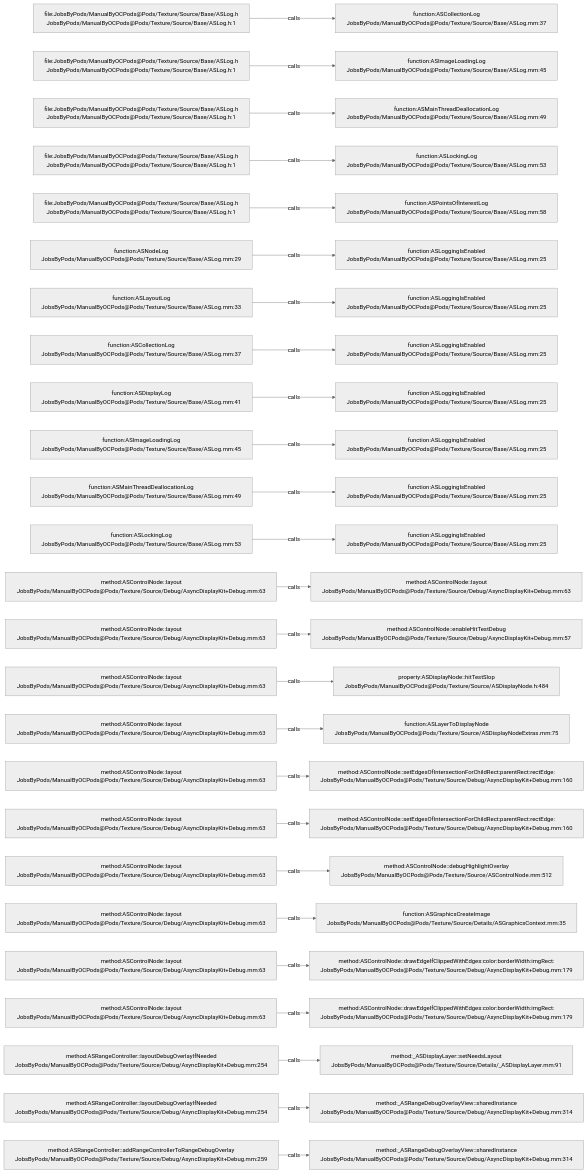
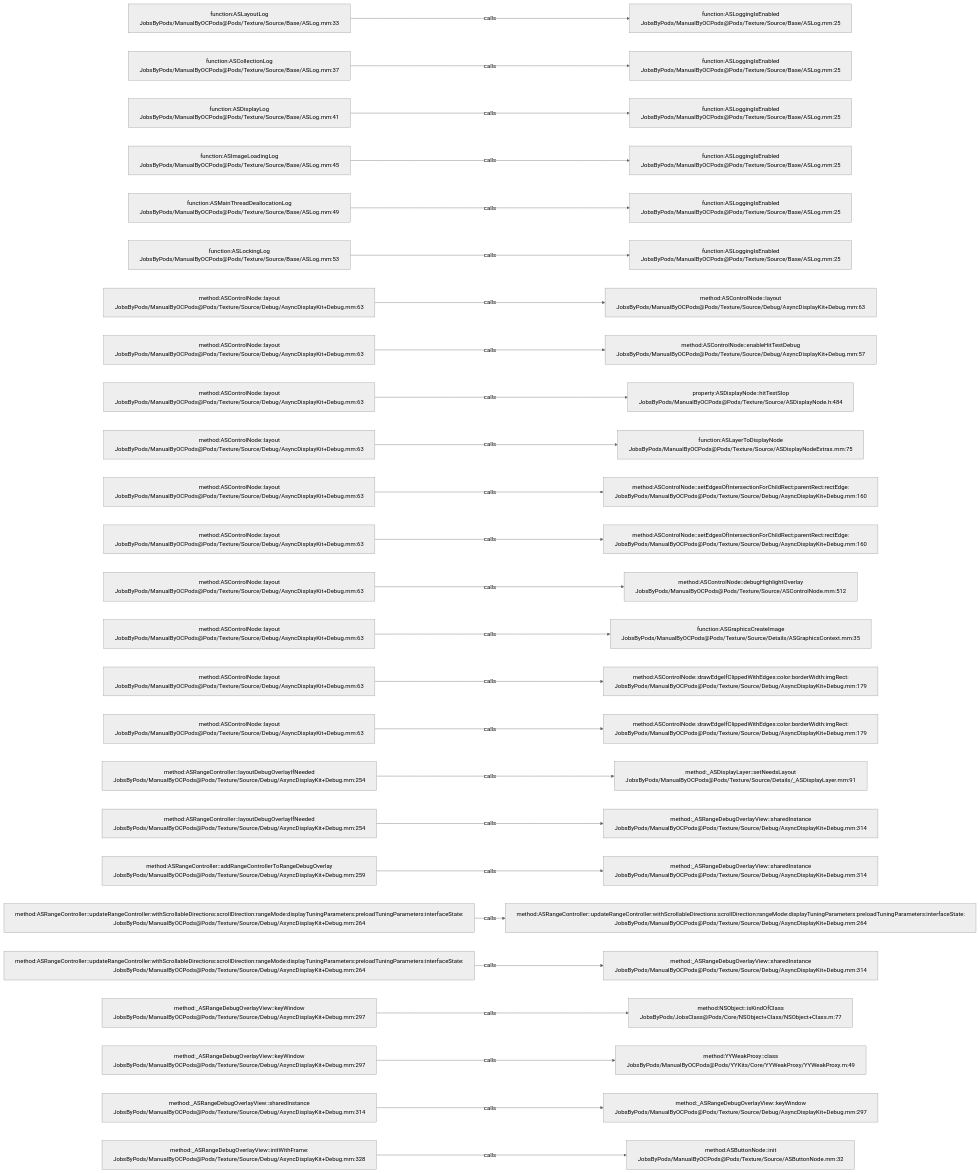
Before and after one commit to JobsKits/JobsOCBaseConfigDemo: the diagram in .codegraph/codegraph.md/graphs/calls-140.md, drawn with Mermaid (neutral theme). The commit also changed 666 other files, not shown here.

````diff
--- a/.codegraph/codegraph.md/graphs/calls-140.md
+++ b/.codegraph/codegraph.md/graphs/calls-140.md
@@ -13,78 +13,78 @@
 ```mermaid
 flowchart LR
-  S1["file:JobsByPods/ManualByOCPods@Pods/Texture/Source/Base/ASLog.h<br/>JobsByPods/ManualByOCPods@Pods/Texture/Source/Base/ASLog.h:1"]
-  T1["function:ASCollectionLog<br/>JobsByPods/ManualByOCPods@Pods/Texture/Source/Base/ASLog.mm:37"]
+  S1["function:ASLayoutLog<br/>JobsByPods/ManualByOCPods@Pods/Texture/Source/Base/ASLog.mm:33"]
+  T1["function:ASLoggingIsEnabled<br/>JobsByPods/ManualByOCPods@Pods/Texture/Source/Base/ASLog.mm:25"]
   S1 -->|calls| T1
-  S2["file:JobsByPods/ManualByOCPods@Pods/Texture/Source/Base/ASLog.h<br/>JobsByPods/ManualByOCPods@Pods/Texture/Source/Base/ASLog.h:1"]
-  T2["function:ASImageLoadingLog<br/>JobsByPods/ManualByOCPods@Pods/Texture/Source/Base/ASLog.mm:45"]
+  S2["function:ASCollectionLog<br/>JobsByPods/ManualByOCPods@Pods/Texture/Source/Base/ASLog.mm:37"]
+  T2["function:ASLoggingIsEnabled<br/>JobsByPods/ManualByOCPods@Pods/Texture/Source/Base/ASLog.mm:25"]
   S2 -->|calls| T2
-  S3["file:JobsByPods/ManualByOCPods@Pods/Texture/Source/Base/ASLog.h<br/>JobsByPods/ManualByOCPods@Pods/Texture/Source/Base/ASLog.h:1"]
-  T3["function:ASMainThreadDeallocationLog<br/>JobsByPods/ManualByOCPods@Pods/Texture/Source/Base/ASLog.mm:49"]
+  S3["function:ASDisplayLog<br/>JobsByPods/ManualByOCPods@Pods/Texture/Source/Base/ASLog.mm:41"]
+  T3["function:ASLoggingIsEnabled<br/>JobsByPods/ManualByOCPods@Pods/Texture/Source/Base/ASLog.mm:25"]
   S3 -->|calls| T3
-  S4["file:JobsByPods/ManualByOCPods@Pods/Texture/Source/Base/ASLog.h<br/>JobsByPods/ManualByOCPods@Pods/Texture/Source/Base/ASLog.h:1"]
-  T4["function:ASLockingLog<br/>JobsByPods/ManualByOCPods@Pods/Texture/Source/Base/ASLog.mm:53"]
+  S4["function:ASImageLoadingLog<br/>JobsByPods/ManualByOCPods@Pods/Texture/Source/Base/ASLog.mm:45"]
+  T4["function:ASLoggingIsEnabled<br/>JobsByPods/ManualByOCPods@Pods/Texture/Source/Base/ASLog.mm:25"]
   S4 -->|calls| T4
-  S5["file:JobsByPods/ManualByOCPods@Pods/Texture/Source/Base/ASLog.h<br/>JobsByPods/ManualByOCPods@Pods/Texture/Source/Base/ASLog.h:1"]
-  T5["function:ASPointsOfInterestLog<br/>JobsByPods/ManualByOCPods@Pods/Texture/Source/Base/ASLog.mm:58"]
+  S5["function:ASMainThreadDeallocationLog<br/>JobsByPods/ManualByOCPods@Pods/Texture/Source/Base/ASLog.mm:49"]
+  T5["function:ASLoggingIsEnabled<br/>JobsByPods/ManualByOCPods@Pods/Texture/Source/Base/ASLog.mm:25"]
   S5 -->|calls| T5
-  S6["function:ASNodeLog<br/>JobsByPods/ManualByOCPods@Pods/Texture/Source/Base/ASLog.mm:29"]
+  S6["function:ASLockingLog<br/>JobsByPods/ManualByOCPods@Pods/Texture/Source/Base/ASLog.mm:53"]
   T6["function:ASLoggingIsEnabled<br/>JobsByPods/ManualByOCPods@Pods/Texture/Source/Base/ASLog.mm:25"]
   S6 -->|calls| T6
-  S7["function:ASLayoutLog<br/>JobsByPods/ManualByOCPods@Pods/Texture/Source/Base/ASLog.mm:33"]
-  T7["function:ASLoggingIsEnabled<br/>JobsByPods/ManualByOCPods@Pods/Texture/Source/Base/ASLog.mm:25"]
+  S7["method:ASControlNode::layout<br/>JobsByPods/ManualByOCPods@Pods/Texture/Source/Debug/AsyncDisplayKit+Debug.mm:63"]
+  T7["method:ASControlNode::layout<br/>JobsByPods/ManualByOCPods@Pods/Texture/Source/Debug/AsyncDisplayKit+Debug.mm:63"]
   S7 -->|calls| T7
-  S8["function:ASCollectionLog<br/>JobsByPods/ManualByOCPods@Pods/Texture/Source/Base/ASLog.mm:37"]
-  T8["function:ASLoggingIsEnabled<br/>JobsByPods/ManualByOCPods@Pods/Texture/Source/Base/ASLog.mm:25"]
+  S8["method:ASControlNode::layout<br/>JobsByPods/ManualByOCPods@Pods/Texture/Source/Debug/AsyncDisplayKit+Debug.mm:63"]
+  T8["method:ASControlNode::enableHitTestDebug<br/>JobsByPods/ManualByOCPods@Pods/Texture/Source/Debug/AsyncDisplayKit+Debug.mm:57"]
   S8 -->|calls| T8
-  S9["function:ASDisplayLog<br/>JobsByPods/ManualByOCPods@Pods/Texture/Source/Base/ASLog.mm:41"]
-  T9["function:ASLoggingIsEnabled<br/>JobsByPods/ManualByOCPods@Pods/Texture/Source/Base/ASLog.mm:25"]
+  S9["method:ASControlNode::layout<br/>JobsByPods/ManualByOCPods@Pods/Texture/Source/Debug/AsyncDisplayKit+Debug.mm:63"]
+  T9["property:ASDisplayNode::hitTestSlop<br/>JobsByPods/ManualByOCPods@Pods/Texture/Source/ASDisplayNode.h:484"]
   S9 -->|calls| T9
-  S10["function:ASImageLoadingLog<br/>JobsByPods/ManualByOCPods@Pods/Texture/Source/Base/ASLog.mm:45"]
-  T10["function:ASLoggingIsEnabled<br/>JobsByPods/ManualByOCPods@Pods/Texture/Source/Base/ASLog.mm:25"]
+  S10["method:ASControlNode::layout<br/>JobsByPods/ManualByOCPods@Pods/Texture/Source/Debug/AsyncDisplayKit+Debug.mm:63"]
+  T10["function:ASLayerToDisplayNode<br/>JobsByPods/ManualByOCPods@Pods/Texture/Source/ASDisplayNodeExtras.mm:75"]
   S10 -->|calls| T10
-  S11["function:ASMainThreadDeallocationLog<br/>JobsByPods/ManualByOCPods@Pods/Texture/Source/Base/ASLog.mm:49"]
-  T11["function:ASLoggingIsEnabled<br/>JobsByPods/ManualByOCPods@Pods/Texture/Source/Base/ASLog.mm:25"]
+  S11["method:ASControlNode::layout<br/>JobsByPods/ManualByOCPods@Pods/Texture/Source/Debug/AsyncDisplayKit+Debug.mm:63"]
+  T11["method:ASControlNode::setEdgesOfIntersectionForChildRect:parentRect:rectEdge:<br/>JobsByPods/ManualByOCPods@Pods/Texture/Source/Debug/AsyncDisplayKit+Debug.mm:160"]
   S11 -->|calls| T11
-  S12["function:ASLockingLog<br/>JobsByPods/ManualByOCPods@Pods/Texture/Source/Base/ASLog.mm:53"]
-  T12["function:ASLoggingIsEnabled<br/>JobsByPods/ManualByOCPods@Pods/Texture/Source/Base/ASLog.mm:25"]
+  S12["method:ASControlNode::layout<br/>JobsByPods/ManualByOCPods@Pods/Texture/Source/Debug/AsyncDisplayKit+Debug.mm:63"]
+  T12["method:ASControlNode::setEdgesOfIntersectionForChildRect:parentRect:rectEdge:<br/>JobsByPods/ManualByOCPods@Pods/Texture/Source/Debug/AsyncDisplayKit+Debug.mm:160"]
   S12 -->|calls| T12
   S13["method:ASControlNode::layout<br/>JobsByPods/ManualByOCPods@Pods/Texture/Source/Debug/AsyncDisplayKit+Debug.mm:63"]
-  T13["method:ASControlNode::layout<br/>JobsByPods/ManualByOCPods@Pods/Texture/Source/Debug/AsyncDisplayKit+Debug.mm:63"]
+  T13["method:ASControlNode::debugHighlightOverlay<br/>JobsByPods/ManualByOCPods@Pods/Texture/Source/ASControlNode.mm:512"]
   S13 -->|calls| T13
   S14["method:ASControlNode::layout<br/>JobsByPods/ManualByOCPods@Pods/Texture/Source/Debug/AsyncDisplayKit+Debug.mm:63"]
-  T14["method:ASControlNode::enableHitTestDebug<br/>JobsByPods/ManualByOCPods@Pods/Texture/Source/Debug/AsyncDisplayKit+Debug.mm:57"]
+  T14["function:ASGraphicsCreateImage<br/>JobsByPods/ManualByOCPods@Pods/Texture/Source/Details/ASGraphicsContext.mm:35"]
   S14 -->|calls| T14
   S15["method:ASControlNode::layout<br/>JobsByPods/ManualByOCPods@Pods/Texture/Source/Debug/AsyncDisplayKit+Debug.mm:63"]
-  T15["property:ASDisplayNode::hitTestSlop<br/>JobsByPods/ManualByOCPods@Pods/Texture/Source/ASDisplayNode.h:484"]
+  T15["method:ASControlNode::drawEdgeIfClippedWithEdges:color:borderWidth:imgRect:<br/>JobsByPods/ManualByOCPods@Pods/Texture/Source/Debug/AsyncDisplayKit+Debug.mm:179"]
   S15 -->|calls| T15
   S16["method:ASControlNode::layout<br/>JobsByPods/ManualByOCPods@Pods/Texture/Source/Debug/AsyncDisplayKit+Debug.mm:63"]
-  T16["function:ASLayerToDisplayNode<br/>JobsByPods/ManualByOCPods@Pods/Texture/Source/ASDisplayNodeExtras.mm:75"]
+  T16["method:ASControlNode::drawEdgeIfClippedWithEdges:color:borderWidth:imgRect:<br/>JobsByPods/ManualByOCPods@Pods/Texture/Source/Debug/AsyncDisplayKit+Debug.mm:179"]
   S16 -->|calls| T16
-  S17["method:ASControlNode::layout<br/>JobsByPods/ManualByOCPods@Pods/Texture/Source/Debug/AsyncDisplayKit+Debug.mm:63"]
-  T17["method:ASControlNode::setEdgesOfIntersectionForChildRect:parentRect:rectEdge:<br/>JobsByPods/ManualByOCPods@Pods/Texture/Source/Debug/AsyncDisplayKit+Debug.mm:160"]
+  S17["method:ASRangeController::layoutDebugOverlayIfNeeded<br/>JobsByPods/ManualByOCPods@Pods/Texture/Source/Debug/AsyncDisplayKit+Debug.mm:254"]
+  T17["method:_ASDisplayLayer::setNeedsLayout<br/>JobsByPods/ManualByOCPods@Pods/Texture/Source/Details/_ASDisplayLayer.mm:91"]
   S17 -->|calls| T17
-  S18["method:ASControlNode::layout<br/>JobsByPods/ManualByOCPods@Pods/Texture/Source/Debug/AsyncDisplayKit+Debug.mm:63"]
-  T18["method:ASControlNode::setEdgesOfIntersectionForChildRect:parentRect:rectEdge:<br/>JobsByPods/ManualByOCPods@Pods/Texture/Source/Debug/AsyncDisplayKit+Debug.mm:160"]
+  S18["method:ASRangeController::layoutDebugOverlayIfNeeded<br/>JobsByPods/ManualByOCPods@Pods/Texture/Source/Debug/AsyncDisplayKit+Debug.mm:254"]
+  T18["method:_ASRangeDebugOverlayView::sharedInstance<br/>JobsByPods/ManualByOCPods@Pods/Texture/Source/Debug/AsyncDisplayKit+Debug.mm:314"]
   S18 -->|calls| T18
-  S19["method:ASControlNode::layout<br/>JobsByPods/ManualByOCPods@Pods/Texture/Source/Debug/AsyncDisplayKit+Debug.mm:63"]
-  T19["method:ASControlNode::debugHighlightOverlay<br/>JobsByPods/ManualByOCPods@Pods/Texture/Source/ASControlNode.mm:512"]
+  S19["method:ASRangeController::addRangeControllerToRangeDebugOverlay<br/>JobsByPods/ManualByOCPods@Pods/Texture/Source/Debug/AsyncDisplayKit+Debug.mm:259"]
+  T19["method:_ASRangeDebugOverlayView::sharedInstance<br/>JobsByPods/ManualByOCPods@Pods/Texture/Source/Debug/AsyncDisplayKit+Debug.mm:314"]
   S19 -->|calls| T19
-  S20["method:ASControlNode::layout<br/>JobsByPods/ManualByOCPods@Pods/Texture/Source/Debug/AsyncDisplayKit+Debug.mm:63"]
-  T20["function:ASGraphicsCreateImage<br/>JobsByPods/ManualByOCPods@Pods/Texture/Source/Details/ASGraphicsContext.mm:35"]
+  S20["method:ASRangeController::updateRangeController:withScrollableDirections:scrollDirection:rangeMode:displayTuningParameters:preloadTuningParameters:interfaceState:<br/>JobsByPods/ManualByOCPods@Pods/Texture/Source/Debug/AsyncDisplayKit+Debug.mm:264"]
+  T20["method:ASRangeController::updateRangeController:withScrollableDirections:scrollDirection:rangeMode:displayTuningParameters:preloadTuningParameters:interfaceState:<br/>JobsByPods/ManualByOCPods@Pods/Texture/Source/Debug/AsyncDisplayKit+Debug.mm:264"]
   S20 -->|calls| T20
-  S21["method:ASControlNode::layout<br/>JobsByPods/ManualByOCPods@Pods/Texture/Source/Debug/AsyncDisplayKit+Debug.mm:63"]
-  T21["method:ASControlNode::drawEdgeIfClippedWithEdges:color:borderWidth:imgRect:<br/>JobsByPods/ManualByOCPods@Pods/Texture/Source/Debug/AsyncDisplayKit+Debug.mm:179"]
+  S21["method:ASRangeController::updateRangeController:withScrollableDirections:scrollDirection:rangeMode:displayTuningParameters:preloadTuningParameters:interfaceState:<br/>JobsByPods/ManualByOCPods@Pods/Texture/Source/Debug/AsyncDisplayKit+Debug.mm:264"]
+  T21["method:_ASRangeDebugOverlayView::sharedInstance<br/>JobsByPods/ManualByOCPods@Pods/Texture/Source/Debug/AsyncDisplayKit+Debug.mm:314"]
   S21 -->|calls| T21
-  S22["method:ASControlNode::layout<br/>JobsByPods/ManualByOCPods@Pods/Texture/Source/Debug/AsyncDisplayKit+Debug.mm:63"]
-  T22["method:ASControlNode::drawEdgeIfClippedWithEdges:color:borderWidth:imgRect:<br/>JobsByPods/ManualByOCPods@Pods/Texture/Source/Debug/AsyncDisplayKit+Debug.mm:179"]
+  S22["method:_ASRangeDebugOverlayView::keyWindow<br/>JobsByPods/ManualByOCPods@Pods/Texture/Source/Debug/AsyncDisplayKit+Debug.mm:297"]
+  T22["method:NSObject::isKindOfClass<br/>JobsByPods/JobsClass@Pods/Core/NSObject+Class/NSObject+Class.m:77"]
   S22 -->|calls| T22
-  S23["method:ASRangeController::layoutDebugOverlayIfNeeded<br/>JobsByPods/ManualByOCPods@Pods/Texture/Source/Debug/AsyncDisplayKit+Debug.mm:254"]
-  T23["method:_ASDisplayLayer::setNeedsLayout<br/>JobsByPods/ManualByOCPods@Pods/Texture/Source/Details/_ASDisplayLayer.mm:91"]
+  S23["method:_ASRangeDebugOverlayView::keyWindow<br/>JobsByPods/ManualByOCPods@Pods/Texture/Source/Debug/AsyncDisplayKit+Debug.mm:297"]
+  T23["method:YYWeakProxy::class<br/>JobsByPods/ManualByOCPods@Pods/YYKits/Core/YYWeakProxy/YYWeakProxy.m:49"]
   S23 -->|calls| T23
-  S24["method:ASRangeController::layoutDebugOverlayIfNeeded<br/>JobsByPods/ManualByOCPods@Pods/Texture/Source/Debug/AsyncDisplayKit+Debug.mm:254"]
-  T24["method:_ASRangeDebugOverlayView::sharedInstance<br/>JobsByPods/ManualByOCPods@Pods/Texture/Source/Debug/AsyncDisplayKit+Debug.mm:314"]
+  S24["method:_ASRangeDebugOverlayView::sharedInstance<br/>JobsByPods/ManualByOCPods@Pods/Texture/Source/Debug/AsyncDisplayKit+Debug.mm:314"]
+  T24["method:_ASRangeDebugOverlayView::keyWindow<br/>JobsByPods/ManualByOCPods@Pods/Texture/Source/Debug/AsyncDisplayKit+Debug.mm:297"]
   S24 -->|calls| T24
-  S25["method:ASRangeController::addRangeControllerToRangeDebugOverlay<br/>JobsByPods/ManualByOCPods@Pods/Texture/Source/Debug/AsyncDisplayKit+Debug.mm:259"]
-  T25["method:_ASRangeDebugOverlayView::sharedInstance<br/>JobsByPods/ManualByOCPods@Pods/Texture/Source/Debug/AsyncDisplayKit+Debug.mm:314"]
+  S25["method:_ASRangeDebugOverlayView::initWithFrame:<br/>JobsByPods/ManualByOCPods@Pods/Texture/Source/Debug/AsyncDisplayKit+Debug.mm:328"]
+  T25["method:ASButtonNode::init<br/>JobsByPods/ManualByOCPods@Pods/Texture/Source/ASButtonNode.mm:32"]
   S25 -->|calls| T25
 ```
````
